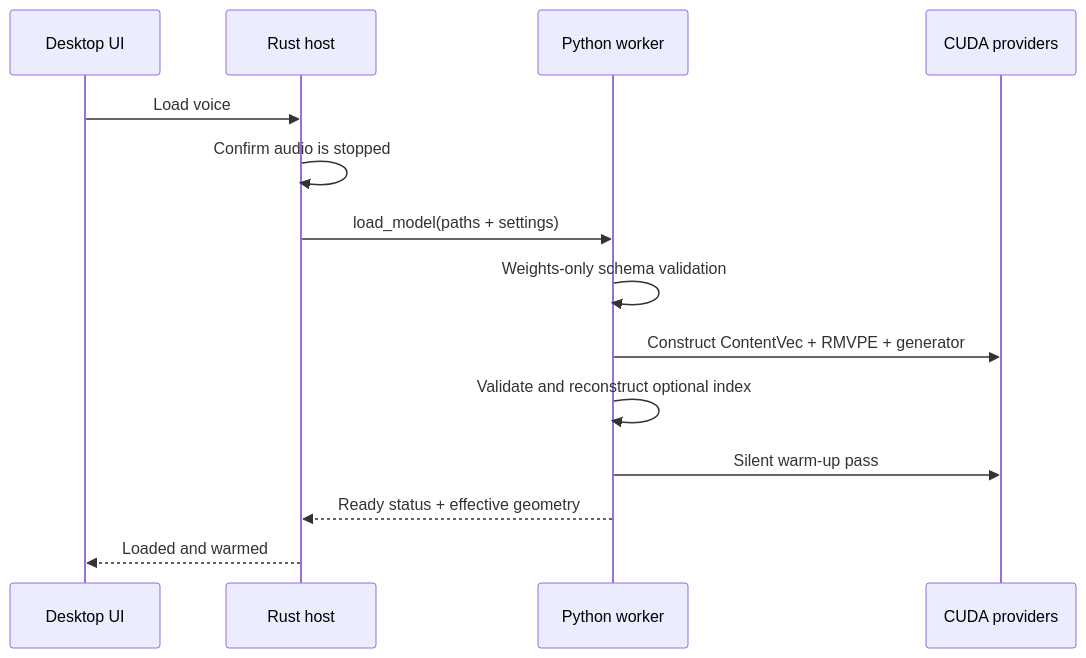
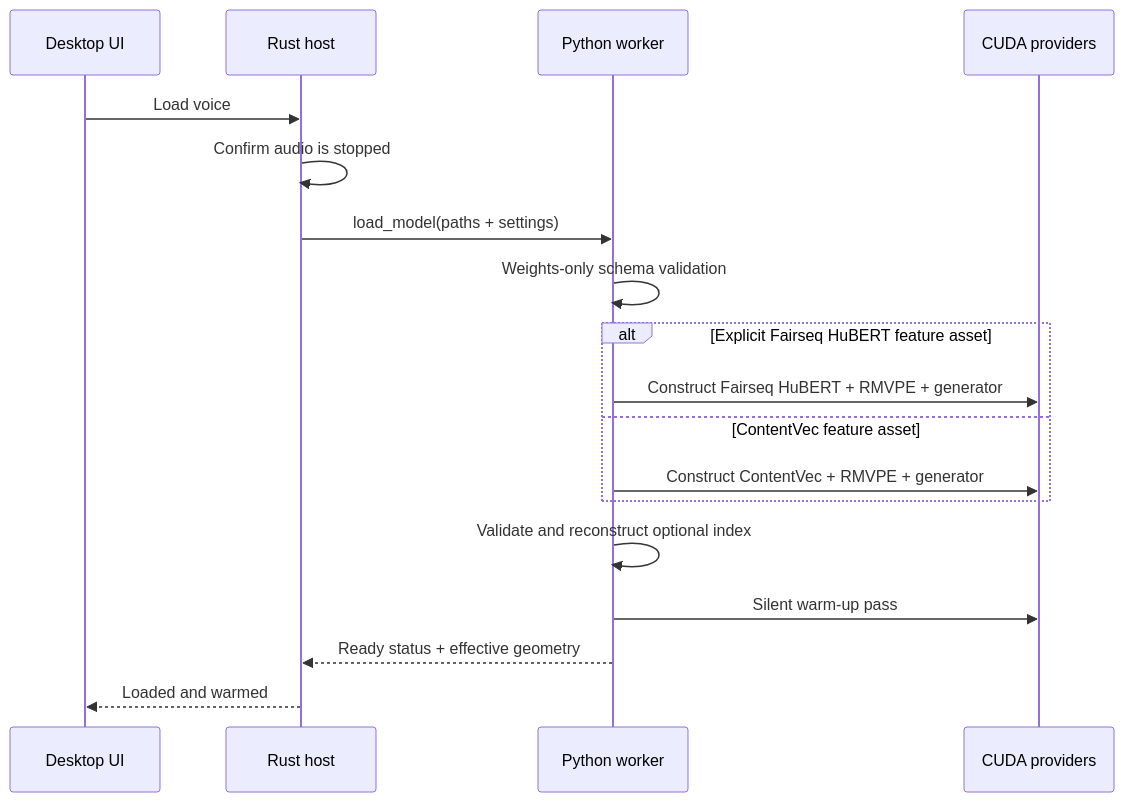
The second of 3 diagrams in docs/live-rvc-spike.md (itzcaesar/VC-Next), drawn with Mermaid before and after one commit. The commit also changed other lines of this file and 16 other files, not shown here.

````diff
--- a/docs/live-rvc-spike.md
+++ b/docs/live-rvc-spike.md
@@ -56,17 +56,21 @@
 ```mermaid
 sequenceDiagram
     participant UI as Desktop UI
     participant Rust as Rust host
     participant Py as Python worker
     participant GPU as CUDA providers
 
     UI->>Rust: Load voice
     Rust->>Rust: Confirm audio is stopped
     Rust->>Py: load_model(paths + settings)
     Py->>Py: Weights-only schema validation
-    Py->>GPU: Construct ContentVec + RMVPE + generator
+    alt Explicit Fairseq HuBERT feature asset
+        Py->>GPU: Construct Fairseq HuBERT + RMVPE + generator
+    else ContentVec feature asset
+        Py->>GPU: Construct ContentVec + RMVPE + generator
+    end
     Py->>Py: Validate and reconstruct optional index
     Py->>GPU: Silent warm-up pass
     Py-->>Rust: Ready status + effective geometry
     Rust-->>UI: Loaded and warmed
 ```
````
